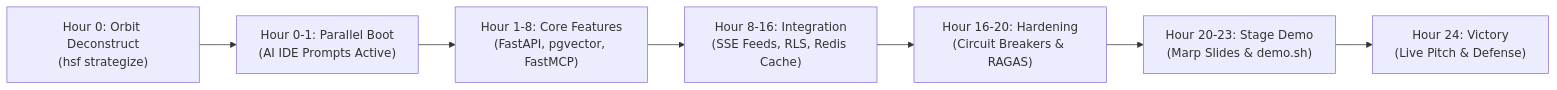
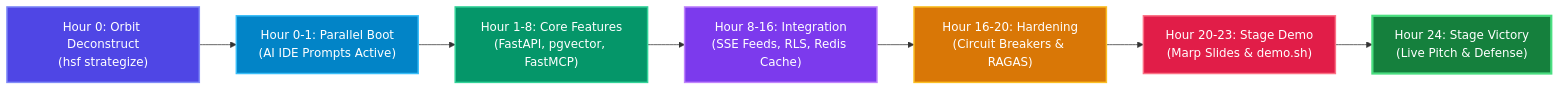
One commit to Sathvik1533/hackathon-strategy-framework changed diagram 17 of 19 in README.md. Above: the diagram before and after it, drawn with Mermaid. The commit also changed other lines of this file and 6 other files, not shown here.

Commit message:
feat(docs): colorize and make all Mermaid architecture diagrams interactive across repo

````diff
--- a/README.md
+++ b/README.md
@@ -1285,9 +1517,25 @@
 ```mermaid
 flowchart LR
-    H0["Hour 0: Orbit Deconstruct<br/>(hsf strategize)"] --> H1["Hour 0-1: Parallel Boot<br/>(AI IDE Prompts Active)"]
-    H1 --> H8["Hour 1-8: Core Features<br/>(FastAPI, pgvector, FastMCP)"]
-    H8 --> H16["Hour 8-16: Integration<br/>(SSE Feeds, RLS, Redis Cache)"]
-    H16 --> H20["Hour 16-20: Hardening<br/>(Circuit Breakers & RAGAS)"]
-    H20 --> H23["Hour 20-23: Stage Demo<br/>(Marp Slides & demo.sh)"]
-    H23 --> H24["Hour 24: Victory<br/>(Live Pitch & Defense)"]
+    classDef t0 fill:#4f46e5,stroke:#818cf8,stroke-width:2px,color:#ffffff;
+    classDef t1 fill:#0284c7,stroke:#38bdf8,stroke-width:2px,color:#ffffff;
+    classDef t2 fill:#059669,stroke:#34d399,stroke-width:2px,color:#ffffff;
+    classDef t3 fill:#7c3aed,stroke:#c084fc,stroke-width:2px,color:#ffffff;
+    classDef t4 fill:#d97706,stroke:#fbbf24,stroke-width:2px,color:#ffffff;
+    classDef t5 fill:#e11d48,stroke:#fb7185,stroke-width:2px,color:#ffffff;
+    classDef t6 fill:#15803d,stroke:#4ade80,stroke-width:3px,color:#ffffff;
+
+    H0["Hour 0: Orbit Deconstruct<br/>(hsf strategize)"]:::t0 --> H1["Hour 0-1: Parallel Boot<br/>(AI IDE Prompts Active)"]:::t1
+    H1 --> H8["Hour 1-8: Core Features<br/>(FastAPI, pgvector, FastMCP)"]:::t2
+    H8 --> H16["Hour 8-16: Integration<br/>(SSE Feeds, RLS, Redis Cache)"]:::t3
+    H16 --> H20["Hour 16-20: Hardening<br/>(Circuit Breakers & RAGAS)"]:::t4
+    H20 --> H23["Hour 20-23: Stage Demo<br/>(Marp Slides & demo.sh)"]:::t5
+    H23 --> H24["Hour 24: Stage Victory<br/>(Live Pitch & Defense)"]:::t6
+
+    click H0 "scripts/mascot_agent.py" "Run Mascot Strategize"
+    click H1 "scripts/quickstart_wizard.py" "Run Quickstart Wizard"
+    click H8 "backend/src/app/main.py" "Backend API Main"
+    click H16 "frontend/app.js" "Frontend SSE"
+    click H20 "ai_layer/eval_harness.py" "Run Evals"
+    click H23 "scripts/pitch_rehearsal.py" "Run Pitch Rehearsal"
+    click H24 "docs/JUDGE_CERTIFICATION.md" "View Judge Certification"
 ```
````
